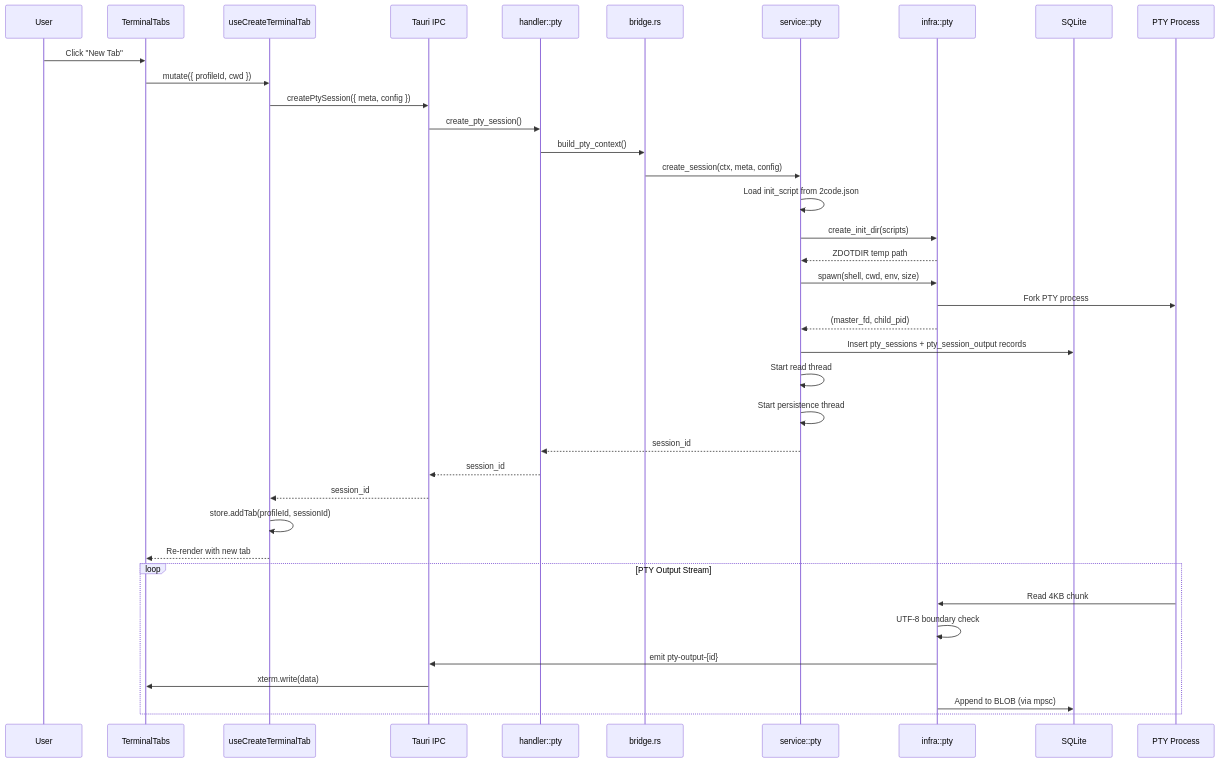
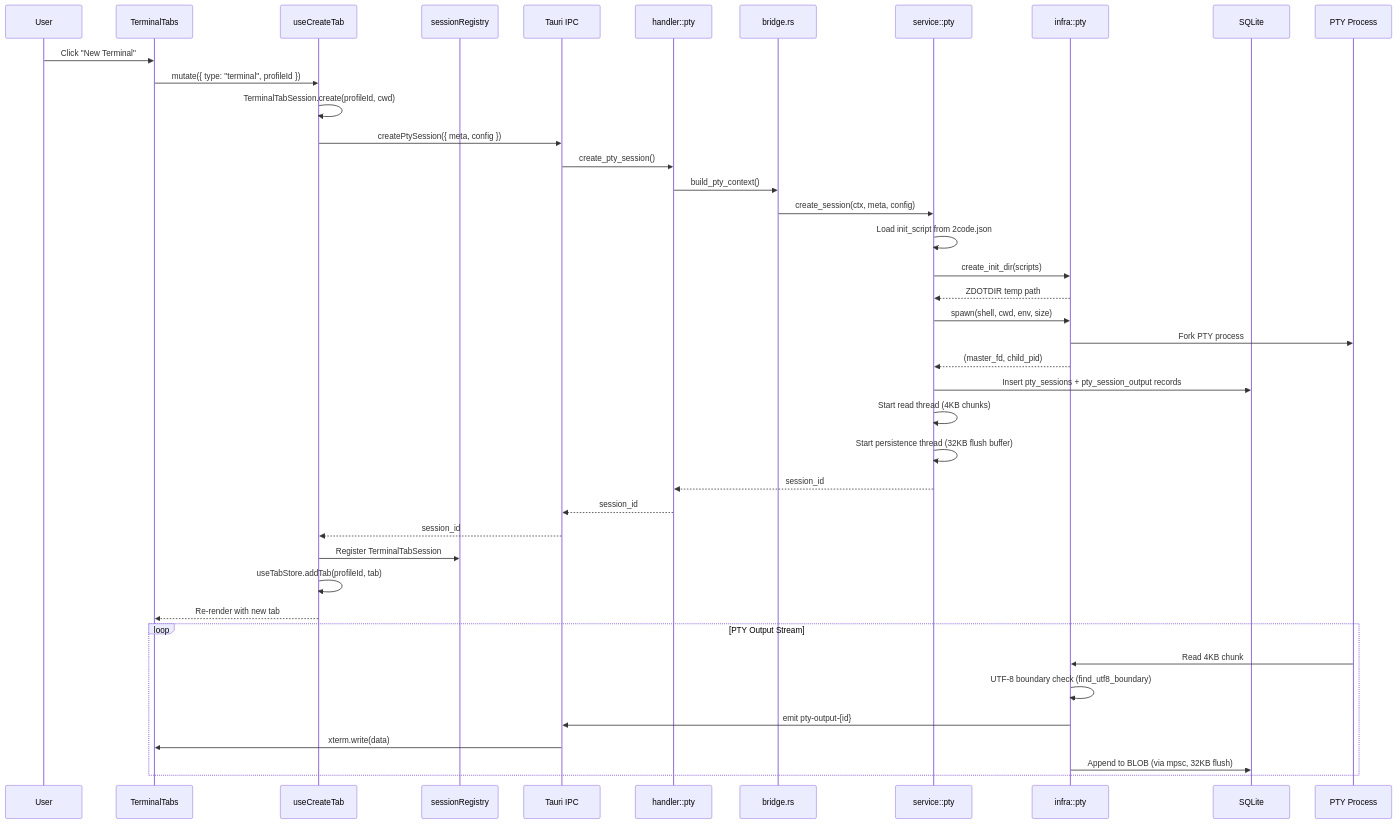
Before and after one commit to AkaraChen/2code: the first of 5 diagrams in docs/data-flow.md, drawn with Mermaid. The commit also changed other lines of this file and 8 other files, not shown here.

First line of the commit message:
docs: update architecture docs for agent system and unified tab abstraction

````diff
--- a/docs/data-flow.md
+++ b/docs/data-flow.md
@@ -5,42 +5,45 @@
 ```mermaid
 sequenceDiagram
     participant User
     participant UI as TerminalTabs
-    participant Hook as useCreateTerminalTab
+    participant Hook as useCreateTab
+    participant Registry as sessionRegistry
     participant IPC as Tauri IPC
     participant Handler as handler::pty
     participant Bridge as bridge.rs
     participant Service as service::pty
     participant Infra as infra::pty
     participant DB as SQLite
     participant PTY as PTY Process
 
-    User->>UI: Click "New Tab"
-    UI->>Hook: mutate({ profileId, cwd })
+    User->>UI: Click "New Terminal"
+    UI->>Hook: mutate({ type: "terminal", profileId })
+    Hook->>Hook: TerminalTabSession.create(profileId, cwd)
     Hook->>IPC: createPtySession({ meta, config })
     IPC->>Handler: create_pty_session()
     Handler->>Bridge: build_pty_context()
     Bridge->>Service: create_session(ctx, meta, config)
     Service->>Service: Load init_script from 2code.json
     Service->>Infra: create_init_dir(scripts)
     Infra-->>Service: ZDOTDIR temp path
     Service->>Infra: spawn(shell, cwd, env, size)
     Infra->>PTY: Fork PTY process
     Infra-->>Service: (master_fd, child_pid)
     Service->>DB: Insert pty_sessions + pty_session_output records
-    Service->>Service: Start read thread
-    Service->>Service: Start persistence thread
+    Service->>Service: Start read thread (4KB chunks)
+    Service->>Service: Start persistence thread (32KB flush buffer)
     Service-->>Handler: session_id
     Handler-->>IPC: session_id
     IPC-->>Hook: session_id
-    Hook->>Hook: store.addTab(profileId, sessionId)
+    Hook->>Registry: Register TerminalTabSession
+    Hook->>Hook: useTabStore.addTab(profileId, tab)
     Hook-->>UI: Re-render with new tab
 
     loop PTY Output Stream
         PTY->>Infra: Read 4KB chunk
-        Infra->>Infra: UTF-8 boundary check
+        Infra->>Infra: UTF-8 boundary check (find_utf8_boundary)
         Infra->>IPC: emit pty-output-{id}
         IPC->>UI: xterm.write(data)
-        Infra->>DB: Append to BLOB (via mpsc)
+        Infra->>DB: Append to BLOB (via mpsc, 32KB flush)
     end
 ```
````
